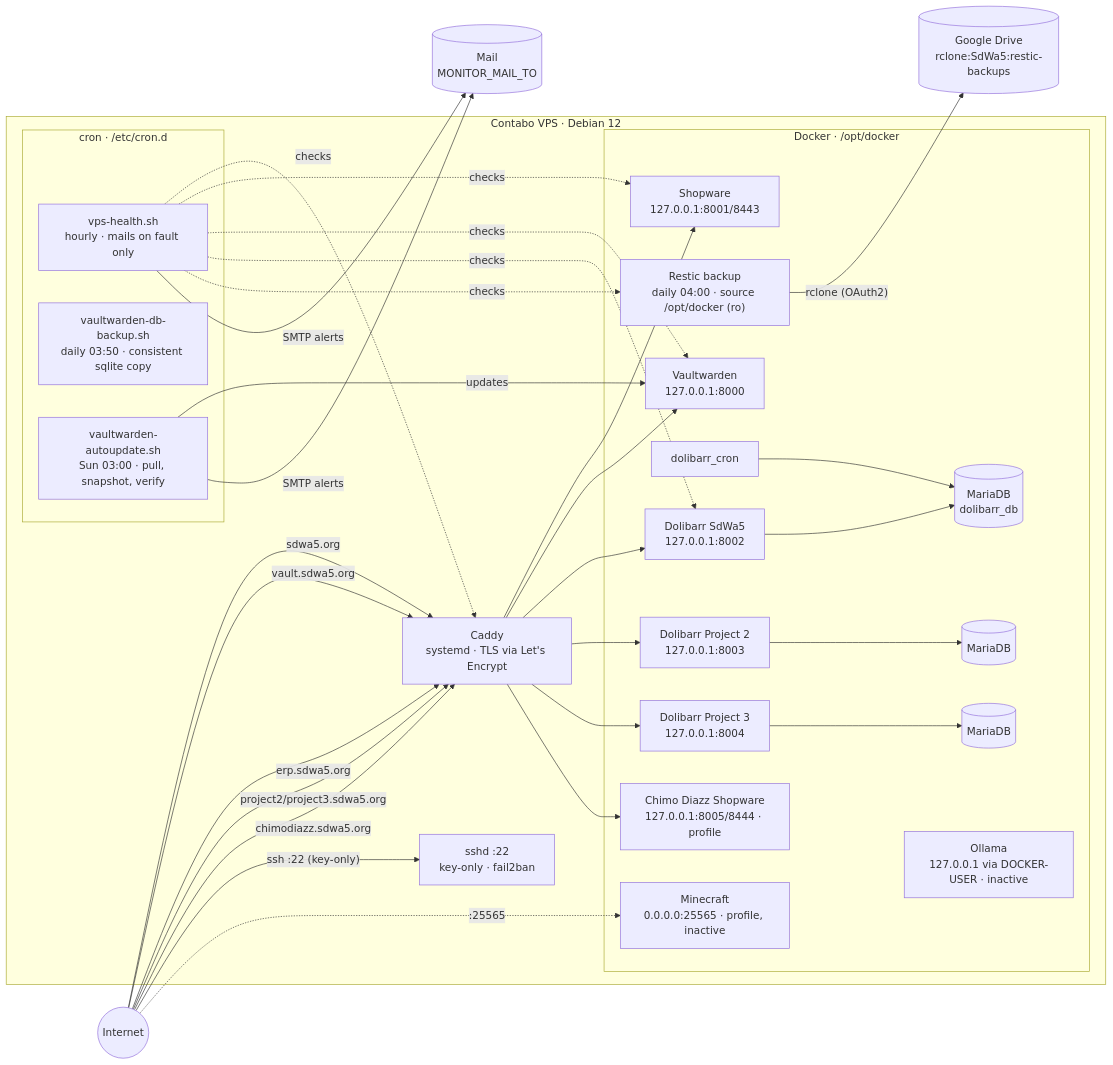
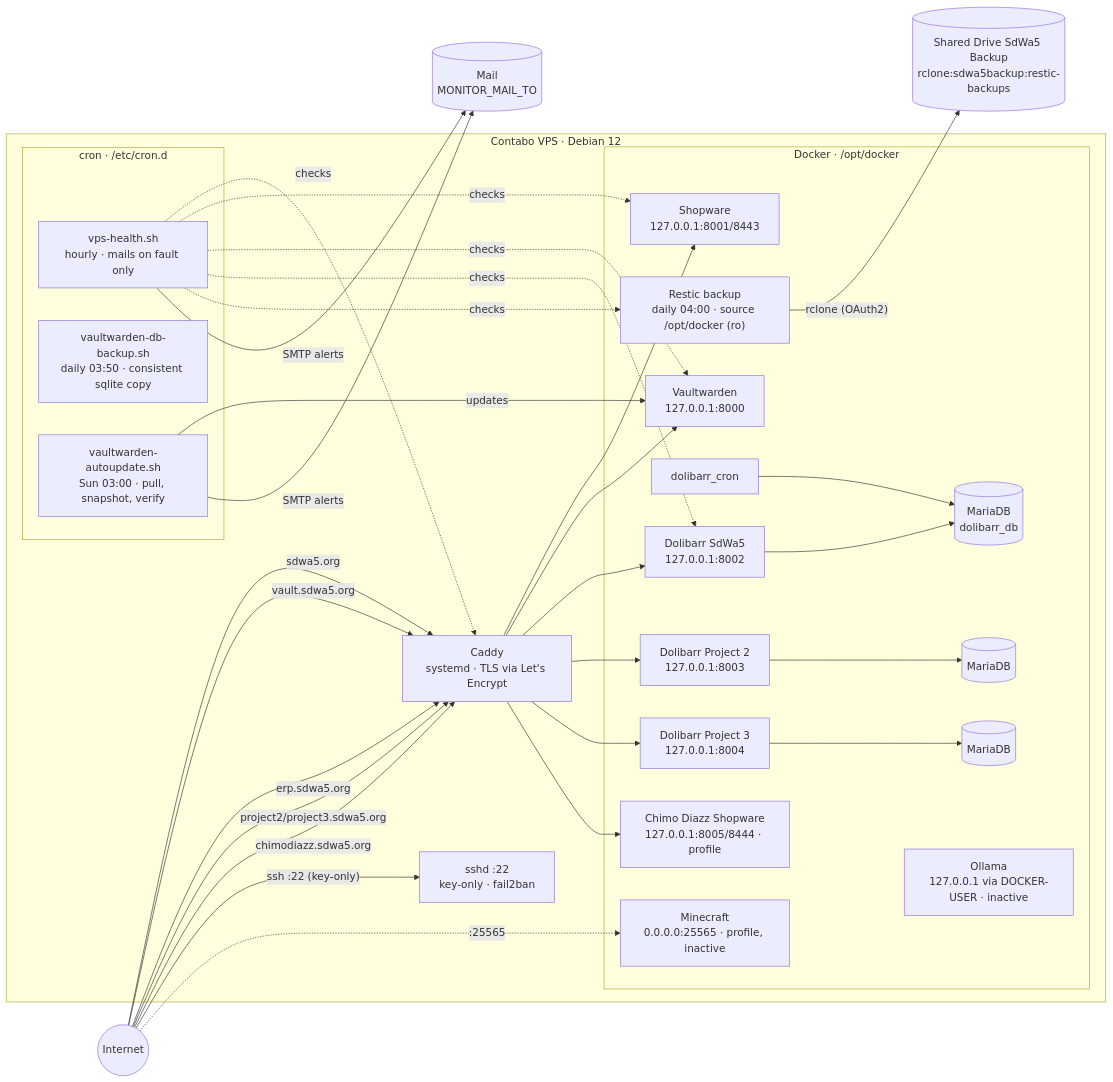
Before and after one commit to SdWa5/vps: the diagram in docs/infrastructure.md, drawn with Mermaid. The commit also changed 3 other files, not shown here.

````diff
--- a/docs/infrastructure.md
+++ b/docs/infrastructure.md
@@ -7,52 +7,52 @@
 ```mermaid
 flowchart LR
     U((Internet))
 
     subgraph vps ["Contabo VPS · Debian 12"]
         C["Caddy<br/>systemd · TLS via Let's Encrypt"]
 
         subgraph docker ["Docker · /opt/docker"]
             SW["Shopware<br/>127.0.0.1:8001/8443"]
             VW["Vaultwarden<br/>127.0.0.1:8000"]
             DL["Dolibarr SdWa5<br/>127.0.0.1:8002"]
             DLC["dolibarr_cron"]
             DLDB[("MariaDB<br/>dolibarr_db")]
             P2["Dolibarr Project 2<br/>127.0.0.1:8003"]
             P2DB[("MariaDB")]
             P3["Dolibarr Project 3<br/>127.0.0.1:8004"]
             CDW["Chimo Diazz Shopware<br/>127.0.0.1:8005/8444 · profile"]
             P3DB[("MariaDB")]
             OL["Ollama<br/>127.0.0.1 via DOCKER-USER · inactive"]
             MC["Minecraft<br/>0.0.0.0:25565 · profile, inactive"]
             RS["Restic backup<br/>daily 04:00 · source /opt/docker (ro)"]
         end
 
         subgraph cron ["cron · /etc/cron.d"]
             HC["vps-health.sh<br/>hourly · mails on fault only"]
             DB["vaultwarden-db-backup.sh<br/>daily 03:50 · consistent sqlite copy"]
             AU["vaultwarden-autoupdate.sh<br/>Sun 03:00 · pull, snapshot, verify"]
         end
 
         SSHD["sshd :22<br/>key-only · fail2ban"]
     end
 
-    GD[("Google Drive<br/>rclone:SdWa5:restic-backups")]
+    GD[("Shared Drive SdWa5 Backup<br/>rclone:sdwa5backup:restic-backups")]
     U -- " sdwa5.org " --> C
     U -- " vault.sdwa5.org " --> C
     U -- " erp.sdwa5.org " --> C
     U -- " project2/project3.sdwa5.org " --> C
     U -- " chimodiazz.sdwa5.org " --> C
     U -- " ssh :22 (key-only) " --> SSHD
     U -. " :25565 " .-> MC
     C --> SW & VW & DL
     C --> P2 & P3
     C --> CDW
     DL --> DLDB
     DLC --> DLDB
     P2 --> P2DB
     P3 --> P3DB
     RS -- " rclone (OAuth2) " --> GD
     HC -. " checks " .-> C & SW & VW & DL & RS
     AU -- " updates " --> VW
     HC & AU -- " SMTP alerts " --> MB[("Mail<br/>MONITOR_MAIL_TO")]
 ```
````
